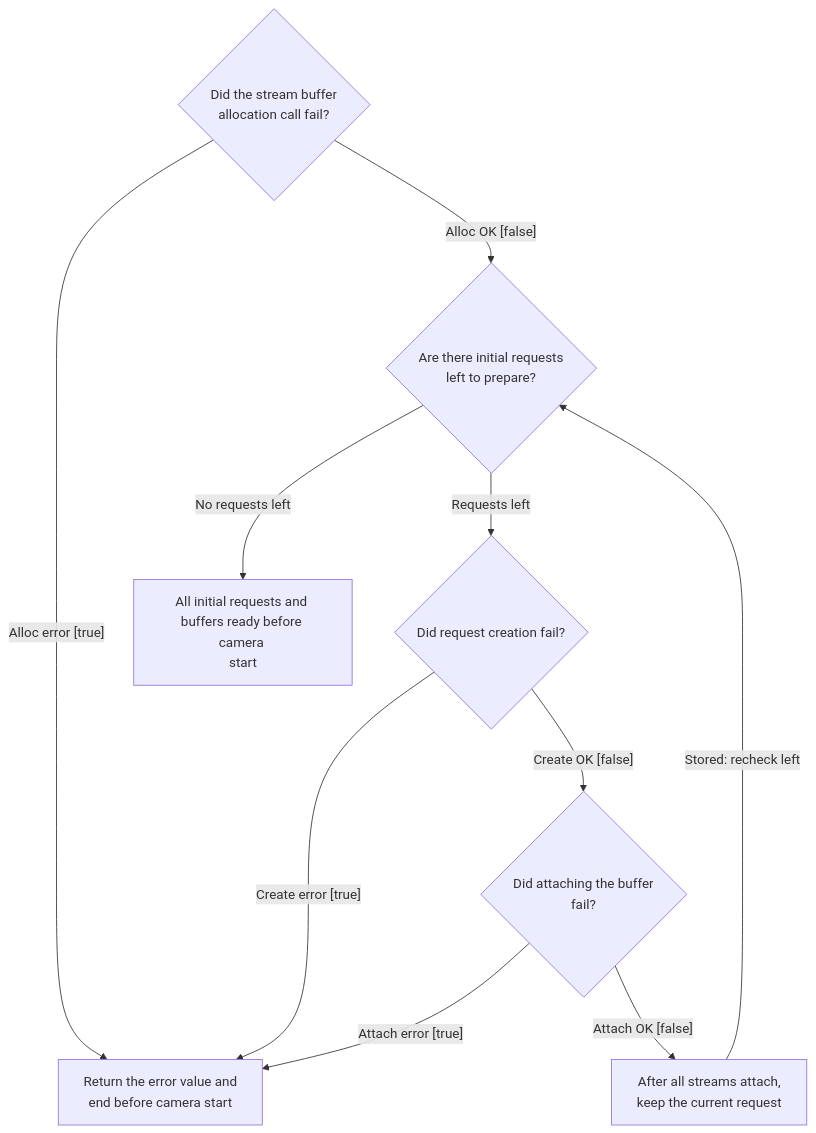
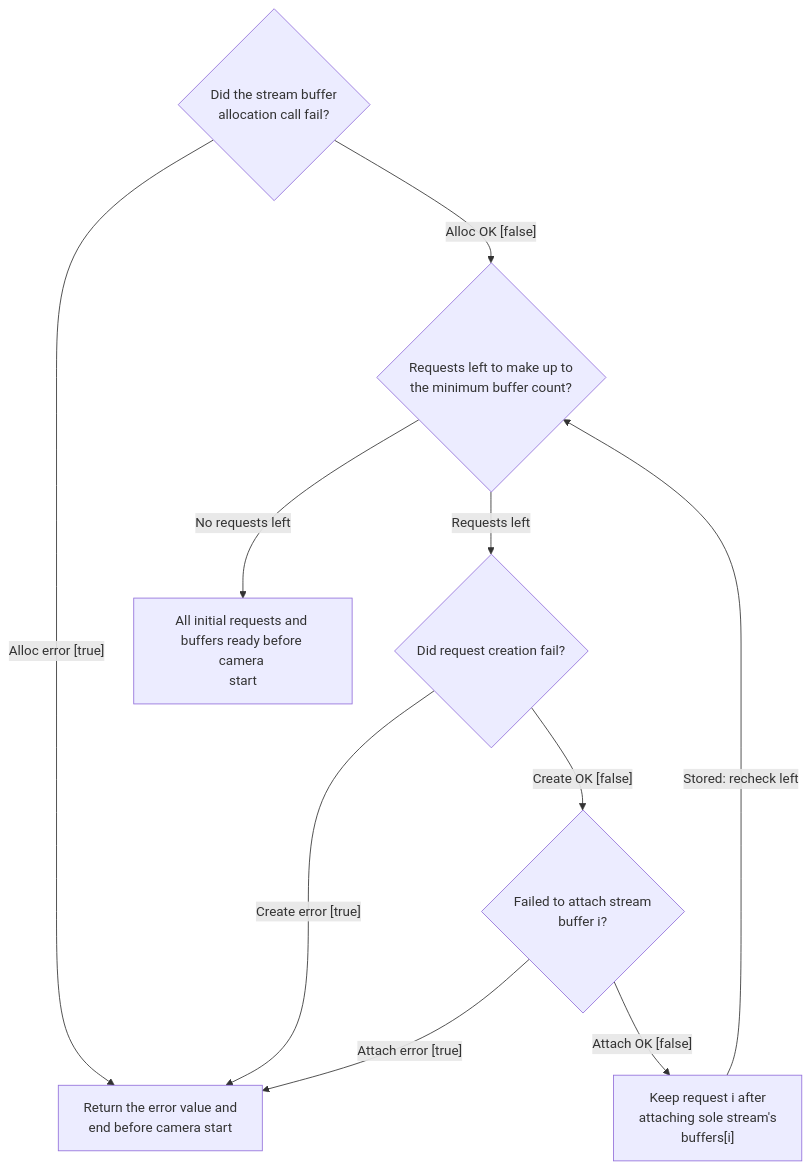
Before and after one commit to TTolsun/libcamera-sdd: the diagram in docs/en/official-cam-validation.submission-gate.mmd, drawn with Mermaid. The commit also changed 125 other files, not shown here.

```diff
--- a/docs/en/official-cam-validation.submission-gate.mmd
+++ b/docs/en/official-cam-validation.submission-gate.mmd
@@ -1,18 +1,18 @@
 flowchart TB
 
   v_alloc_check{"Did the stream buffer <br/>allocation call fail?"}
   v_err_return["Return the error value and <br/>end before camera start"]
-  v_more_requests{"Are there initial requests <br/>left to prepare?"}
+  v_more_requests{"Requests left to make up to <br/>the minimum buffer count?"}
   v_create_req{"Did request creation fail?"}
-  v_attach_buf{"Did attaching the buffer <br/>fail?"}
-  v_store_req["After all streams attach, <br/>keep the current request"]
+  v_attach_buf{"Failed to attach stream <br/>buffer i?"}
+  v_store_req["Keep request i after <br/>attaching sole stream#39;s <br/>buffers#91;i#93;"]
   v_ready_done["All initial requests and <br/>buffers ready before camera <br/>start"]
   v_alloc_check -->|"Alloc error #91;true#93;"| v_err_return
   v_alloc_check -->|"Alloc OK #91;false#93;"| v_more_requests
   v_more_requests -->|"Requests left"| v_create_req
   v_more_requests -->|"No requests left"| v_ready_done
   v_create_req -->|"Create error #91;true#93;"| v_err_return
   v_create_req -->|"Create OK #91;false#93;"| v_attach_buf
   v_attach_buf -->|"Attach error #91;true#93;"| v_err_return
   v_attach_buf -->|"Attach OK #91;false#93;"| v_store_req
   v_store_req -->|"Stored: recheck left"| v_more_requests
```
